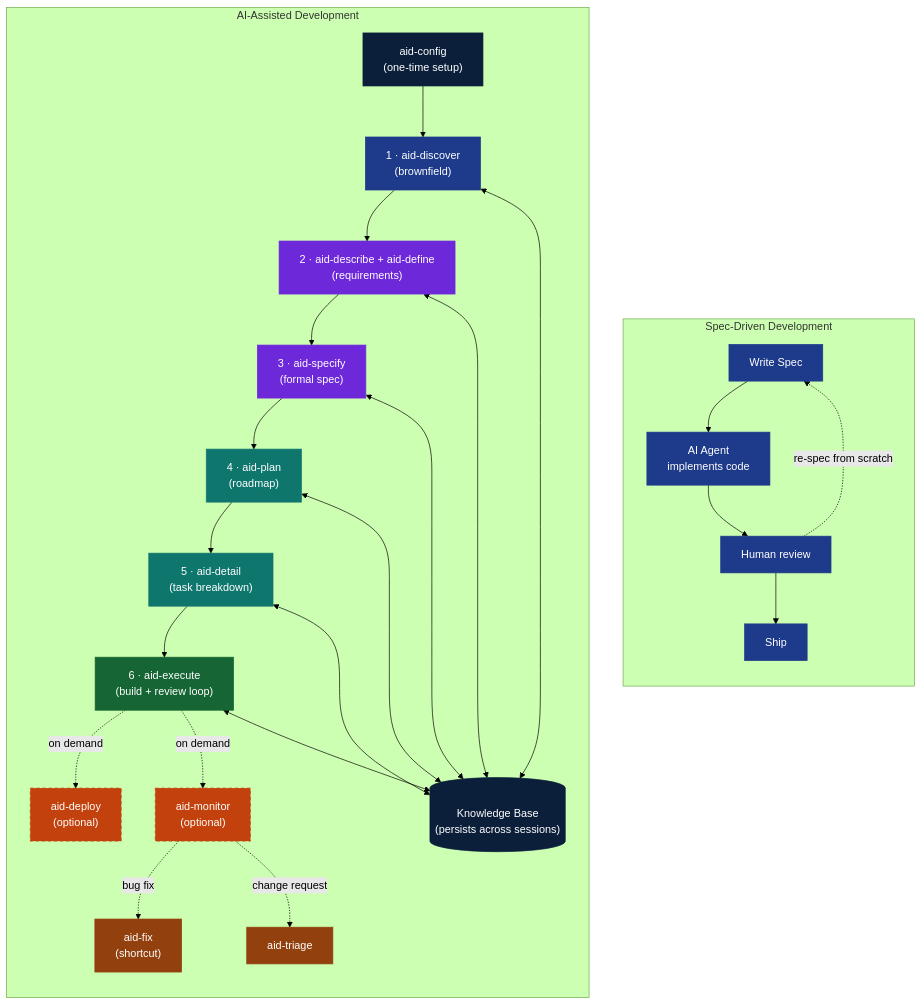
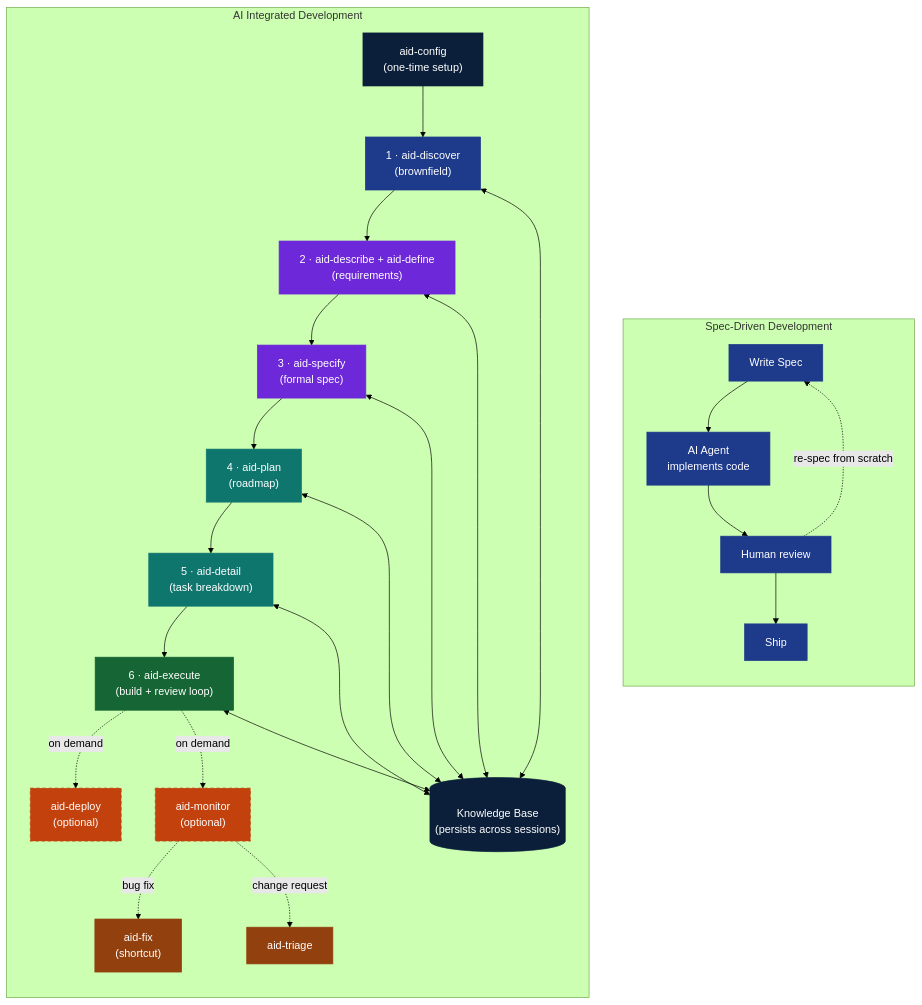
One commit to AndreVianna/aid-methodology changed the seventh of 7 diagrams in docs/aid-methodology.md. Above: the diagram before and after it, drawn with Mermaid (forest theme). The commit also changed other lines of this file and 247 other files, not shown here.

````diff
--- a/docs/aid-methodology.md
+++ b/docs/aid-methodology.md
@@ -1335,50 +1370,50 @@
 ```mermaid
 flowchart TB
     classDef sdd  fill:#1E3A8A,stroke:#1E3A8A,color:#ffffff
     classDef aid_prep  fill:#1E3A8A,stroke:#1E3A8A,color:#ffffff
     classDef aid_def   fill:#6D28D9,stroke:#6D28D9,color:#ffffff
     classDef aid_map   fill:#0F766E,stroke:#0F766E,color:#ffffff
     classDef aid_exe   fill:#166534,stroke:#166534,color:#ffffff
     classDef aid_del   fill:#C2410C,stroke:#C2410C,color:#ffffff,stroke-dasharray:5 4
     classDef kb        fill:#0B1F3A,stroke:#0B1F3A,color:#ffffff
     classDef aid_entry fill:#92400E,stroke:#92400E,color:#ffffff
 
     subgraph SDD["Spec-Driven Development"]
         direction TB
         S1["Write Spec"]:::sdd
         S2["AI Agent<br/>implements code"]:::sdd
         S3["Human review"]:::sdd
         S4["Ship"]:::sdd
         S1 --> S2 --> S3 --> S4
         S3 -. "re-spec from scratch" .-> S1
     end
 
-    subgraph AID["AI-Assisted Development"]
+    subgraph AID["AI Integrated Development"]
         direction TB
         A0["aid-config<br/>(one-time setup)"]:::kb
         A1["1 · aid-discover<br/>(brownfield)"]:::aid_prep
         A2["2 · aid-describe + aid-define<br/>(requirements)"]:::aid_def
         A3["3 · aid-specify<br/>(formal spec)"]:::aid_def
         A4["4 · aid-plan<br/>(roadmap)"]:::aid_map
         A5["5 · aid-detail<br/>(task breakdown)"]:::aid_map
         A6["6 · aid-execute<br/>(build + review loop)"]:::aid_exe
         KB[("Knowledge Base<br/>(persists across sessions)")]:::kb
         Dep["aid-deploy<br/>(optional)"]:::aid_del
         Mon["aid-monitor<br/>(optional)"]:::aid_del
         Fx["aid-fix<br/>(shortcut)"]:::aid_entry
         Tr["aid-triage"]:::aid_entry
 
         A0 --> A1 --> A2 --> A3 --> A4 --> A5 --> A6
         A6 -. "on demand" .-> Dep
         A6 -. "on demand" .-> Mon
         Mon -. "bug fix" .-> Fx
         Mon -. "change request" .-> Tr
 
         A1 <--> KB
         A2 <--> KB
         A3 <--> KB
         A4 <--> KB
         A5 <--> KB
         A6 <--> KB
     end
 ```
````
